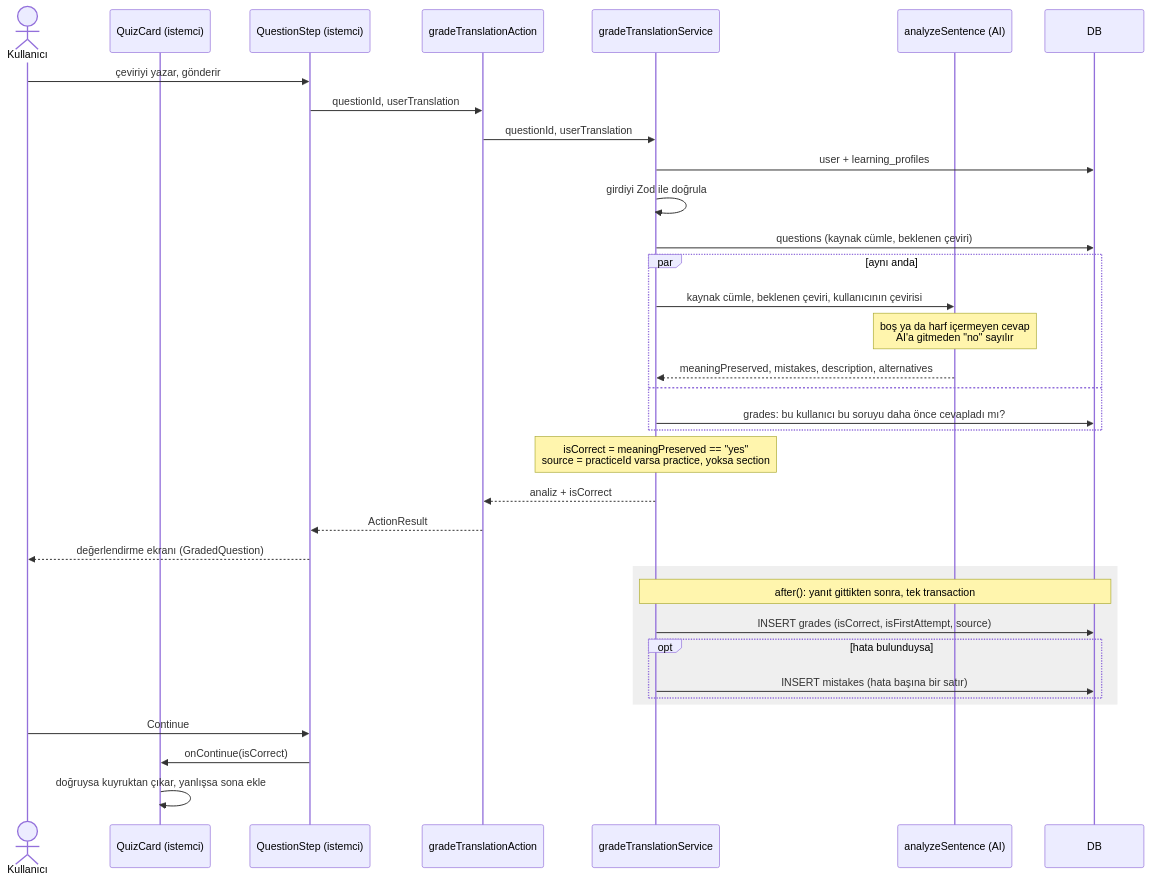
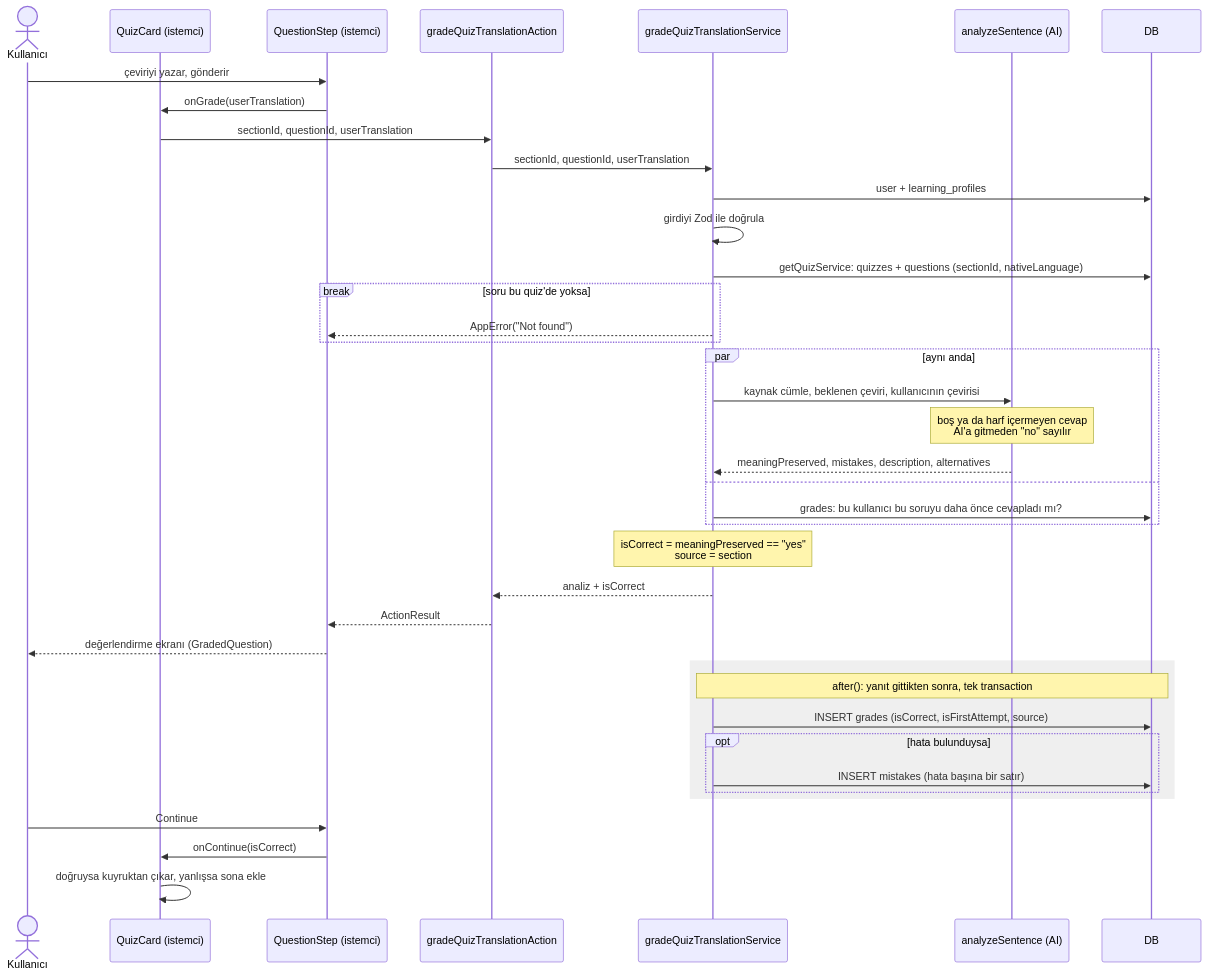
The fourth of 5 diagrams in docs/flows/quiz-answer.md (emirsalihgmrk/scedulai), drawn with Mermaid before and after one commit. The commit also changed other lines of this file and 7 other files, not shown here.

First line of the commit message:
fix(quiz): grade only questions from the learner's own quiz or set

````diff
--- a/docs/flows/quiz-answer.md
+++ b/docs/flows/quiz-answer.md
@@ -128,38 +128,42 @@
 ```mermaid
 sequenceDiagram
   actor U as Kullanıcı
   participant QC as QuizCard (istemci)
   participant QS as QuestionStep (istemci)
-  participant A as gradeTranslationAction
-  participant S as gradeTranslationService
+  participant A as gradeQuizTranslationAction
+  participant S as gradeQuizTranslationService
   participant AI as analyzeSentence (AI)
   participant DB
 
   U->>QS: çeviriyi yazar, gönderir
-  QS->>A: questionId, userTranslation
-  A->>S: questionId, userTranslation
+  QS->>QC: onGrade(userTranslation)
+  QC->>A: sectionId, questionId, userTranslation
+  A->>S: sectionId, questionId, userTranslation
   S->>DB: user + learning_profiles
   S->>S: girdiyi Zod ile doğrula
-  S->>DB: questions (kaynak cümle, beklenen çeviri)
+  S->>DB: getQuizService: quizzes + questions (sectionId, nativeLanguage)
+  break soru bu quiz'de yoksa
+    S-->>QS: AppError("Not found")
+  end
   par aynı anda
     S->>AI: kaynak cümle, beklenen çeviri, kullanıcının çevirisi
     Note over AI: boş ya da harf içermeyen cevap<br/>AI'a gitmeden "no" sayılır
     AI-->>S: meaningPreserved, mistakes, description, alternatives
   and
     S->>DB: grades: bu kullanıcı bu soruyu daha önce cevapladı mı?
   end
-  Note over S: isCorrect = meaningPreserved == "yes"<br/>source = practiceId varsa practice, yoksa section
+  Note over S: isCorrect = meaningPreserved == "yes"<br/>source = section
   S-->>A: analiz + isCorrect
   A-->>QS: ActionResult
   QS-->>U: değerlendirme ekranı (GradedQuestion)
   rect rgba(127, 127, 127, 0.12)
     Note over S,DB: after(): yanıt gittikten sonra, tek transaction
     S->>DB: INSERT grades (isCorrect, isFirstAttempt, source)
     opt hata bulunduysa
       S->>DB: INSERT mistakes (hata başına bir satır)
     end
   end
   U->>QS: Continue
   QS->>QC: onContinue(isCorrect)
   QC->>QC: doğruysa kuyruktan çıkar, yanlışsa sona ekle
 ```
````
